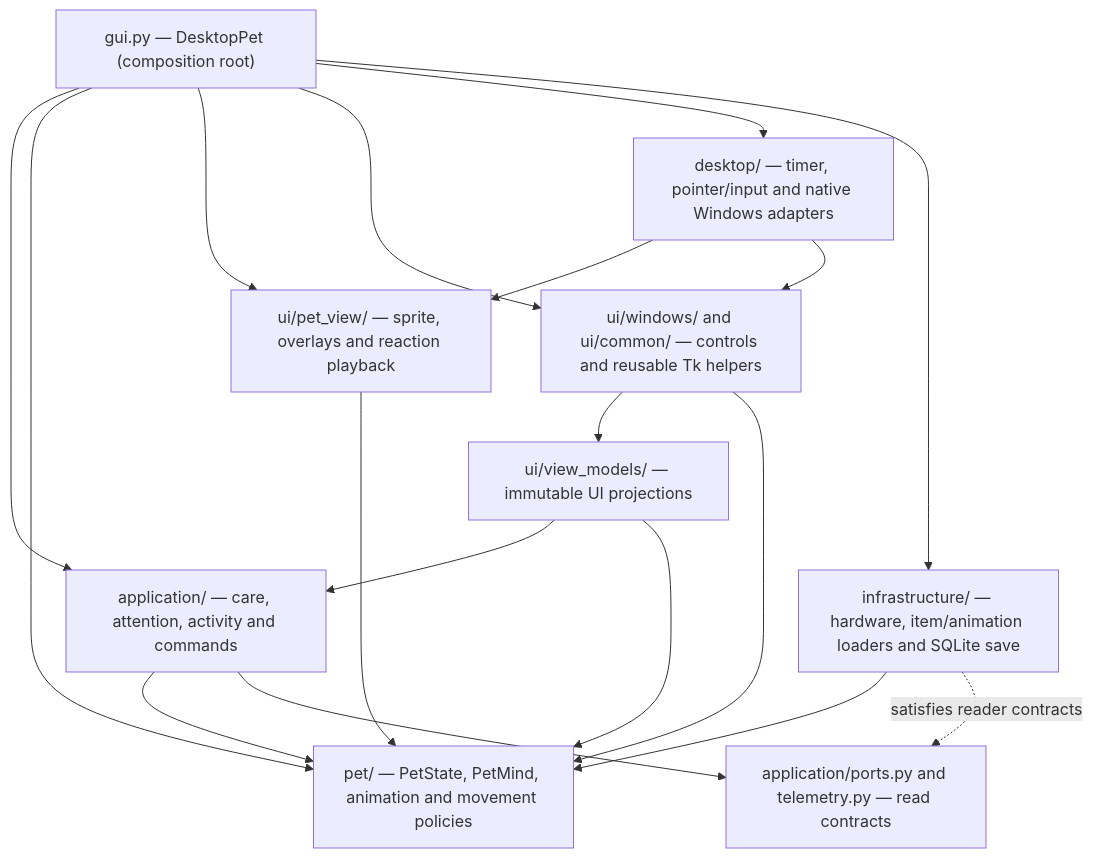
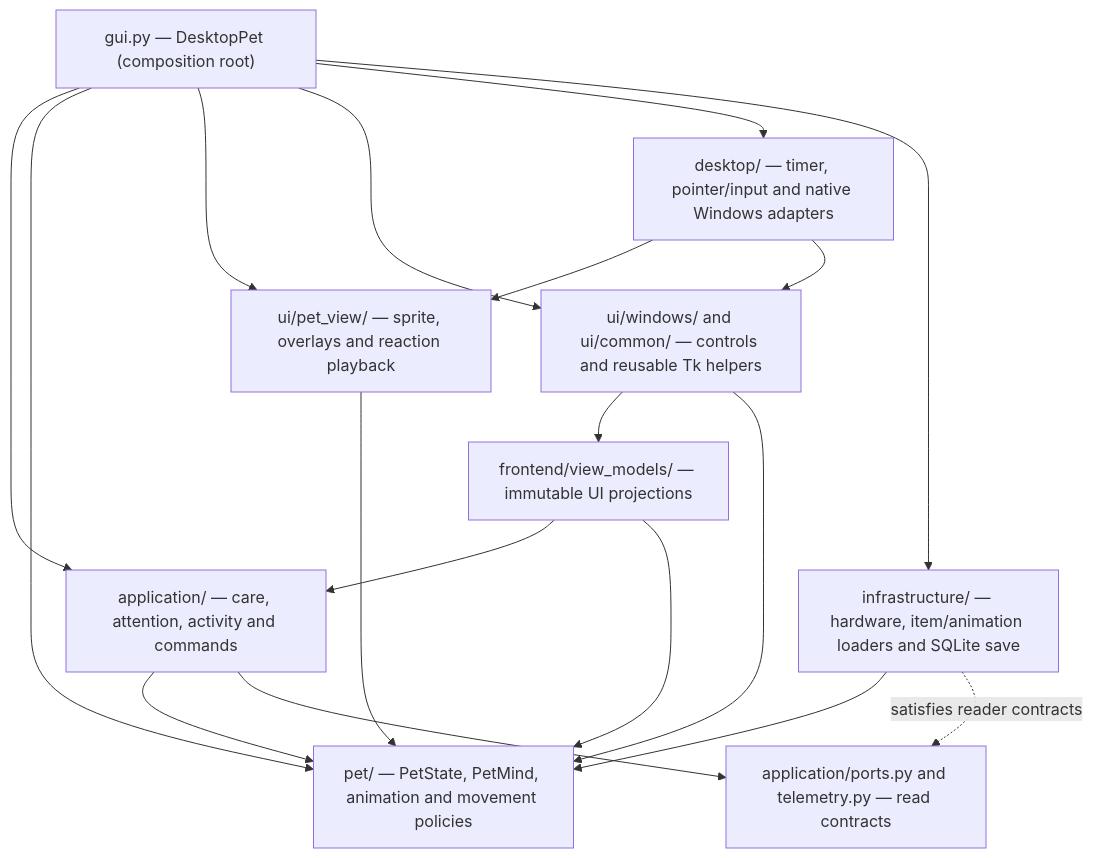
One commit to Lexoniarus/aiko-desktop-pet changed the diagram in docs/ARCHITECTURE.md. Above: the diagram before and after it, drawn with Mermaid. The commit also changed other lines of this file and 9 other files, not shown here.

````diff
--- a/docs/ARCHITECTURE.md
+++ b/docs/ARCHITECTURE.md
@@ -30,30 +30,30 @@
 ```mermaid
 flowchart TB
     Shell["gui.py — DesktopPet (composition root)"]
     App["application/ — care, attention, activity and commands"]
     Pet["pet/ — PetState, PetMind, animation and movement policies"]
-    View["ui/view_models/ — immutable UI projections"]
+    View["frontend/view_models/ — immutable UI projections"]
     Sprite["ui/pet_view/ — sprite, overlays and reaction playback"]
     Windows["ui/windows/ and ui/common/ — controls and reusable Tk helpers"]
     Desktop["desktop/ — timer, pointer/input and native Windows adapters"]
     Infra["infrastructure/ — hardware, item/animation loaders and SQLite save"]
     Ports["application/ports.py and telemetry.py — read contracts"]
 
     Shell --> App
     Shell --> Pet
     Shell --> Sprite
     Shell --> Windows
     Shell --> Desktop
     Shell --> Infra
     App --> Pet
     App --> Ports
     View --> App
     View --> Pet
     Sprite --> Pet
     Windows --> View
     Windows --> Pet
     Desktop --> Sprite
     Desktop --> Windows
     Infra --> Pet
     Infra -. "satisfies reader contracts" .-> Ports
 ```
````
